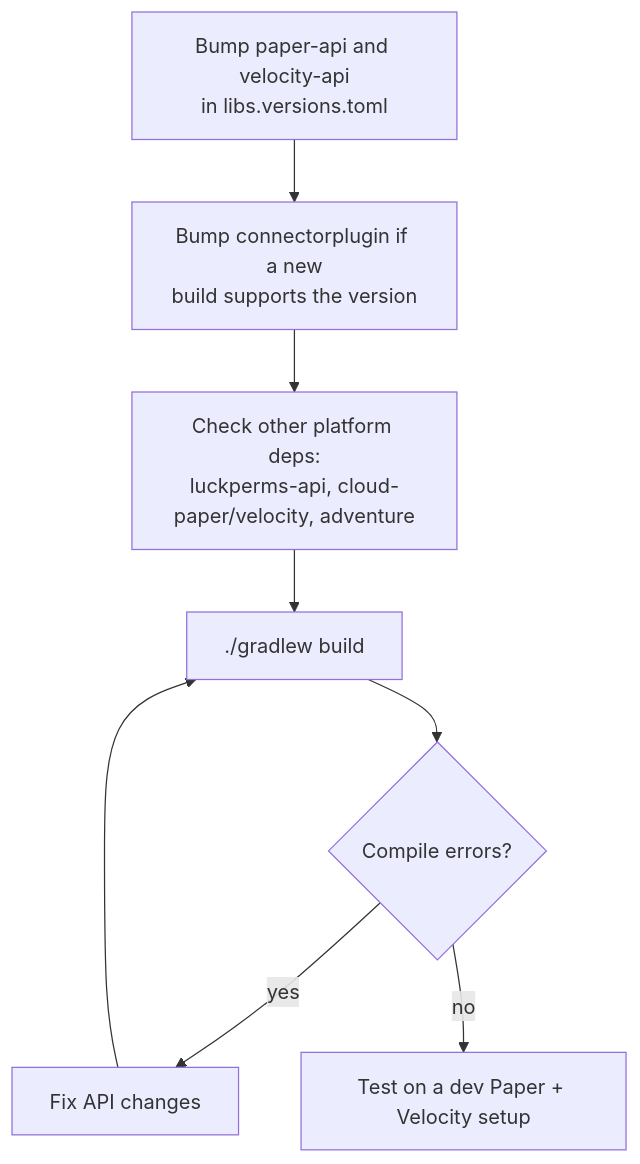
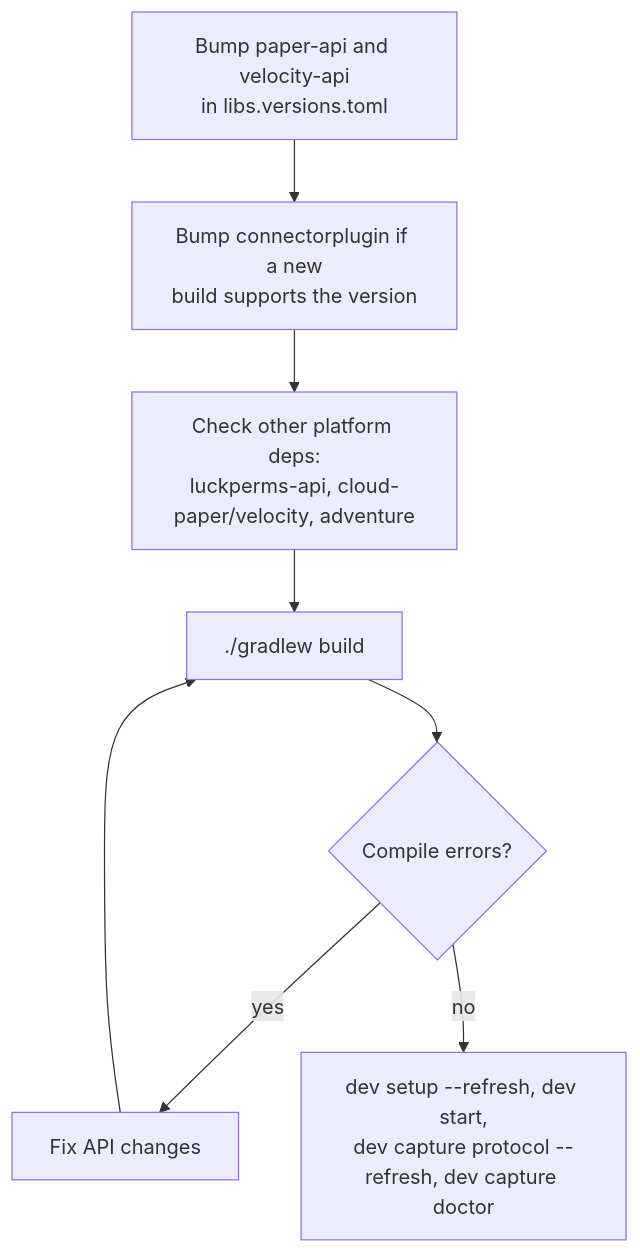
Before and after one commit to Paradisu/ParadisuPlugin: the eighth of 8 diagrams in CONTRIBUTING.md, drawn with Mermaid. The commit also changed other lines of this file and 13 other files, not shown here.

````diff
--- a/CONTRIBUTING.md
+++ b/CONTRIBUTING.md
@@ -668,9 +431,9 @@
 ```mermaid
 flowchart TD
     A["Bump paper-api and velocity-api<br/>in libs.versions.toml"] --> B["Bump connectorplugin if a new<br/>build supports the version"]
     B --> C["Check other platform deps:<br/>luckperms-api, cloud-paper/velocity, adventure"]
     C --> D["./gradlew build"]
     D --> E{"Compile errors?"}
     E -- yes --> F["Fix API changes"] --> D
-    E -- no --> G["Test on a dev Paper + Velocity setup"]
+    E -- no --> G["dev setup --refresh, dev start,<br/>dev capture protocol --refresh, dev capture doctor"]
 ```
````
